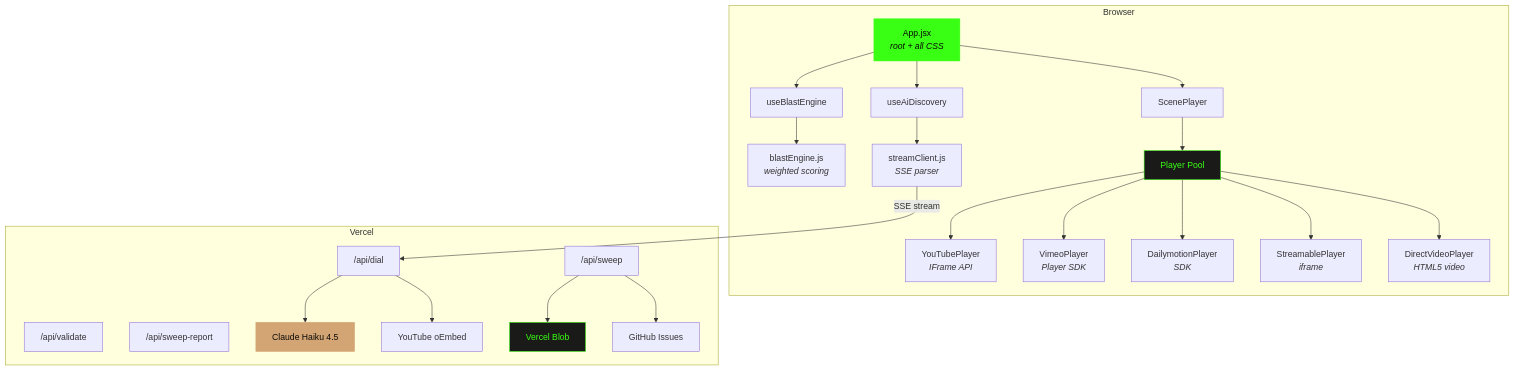
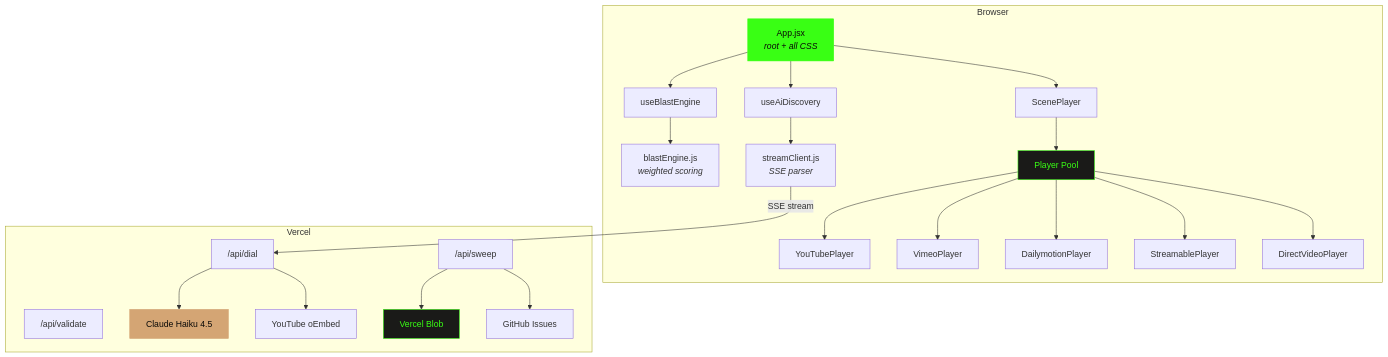
The first of 4 diagrams in README.md (BurntFrost/so-i-started-blasting), drawn with Mermaid before and after one commit. The commit also changed other lines of this file and 2 other files, not shown here.

````diff
--- a/README.md
+++ b/README.md
@@ -83,37 +56,36 @@
 ```mermaid
 graph TB
     subgraph Browser
         App["App.jsx<br/><i>root + all CSS</i>"]
         App --> BE["useBlastEngine"]
         App --> AI["useAiDiscovery"]
         App --> SP["ScenePlayer"]
 
         BE --> Engine["blastEngine.js<br/><i>weighted scoring</i>"]
         AI --> Stream["streamClient.js<br/><i>SSE parser</i>"]
 
         SP --> Pool["Player Pool"]
-        Pool --> YT["YouTubePlayer<br/><i>IFrame API</i>"]
-        Pool --> VM["VimeoPlayer<br/><i>Player SDK</i>"]
-        Pool --> DM["DailymotionPlayer<br/><i>SDK</i>"]
-        Pool --> ST["StreamablePlayer<br/><i>iframe</i>"]
-        Pool --> DV["DirectVideoPlayer<br/><i>HTML5 video</i>"]
+        Pool --> YT["YouTubePlayer"]
+        Pool --> VM["VimeoPlayer"]
+        Pool --> DM["DailymotionPlayer"]
+        Pool --> ST["StreamablePlayer"]
+        Pool --> DV["DirectVideoPlayer"]
     end
 
     subgraph Vercel
         Dial["/api/dial"]
         Validate["/api/validate"]
         Sweep["/api/sweep"]
-        Report["/api/sweep-report"]
         Dial --> Claude["Claude Haiku 4.5"]
         Dial --> Verify["YouTube oEmbed"]
         Sweep --> Blob["Vercel Blob"]
         Sweep --> GH["GitHub Issues"]
     end
 
     Stream -->|"SSE stream"| Dial
 
     style App fill:#39ff14,color:#0a0a08,stroke:#39ff14
     style Pool fill:#1a1a18,color:#39ff14,stroke:#39ff14
     style Claude fill:#d4a574,color:#0a0a08,stroke:#d4a574
     style Blob fill:#1a1a18,color:#39ff14,stroke:#39ff14
 ```
````
